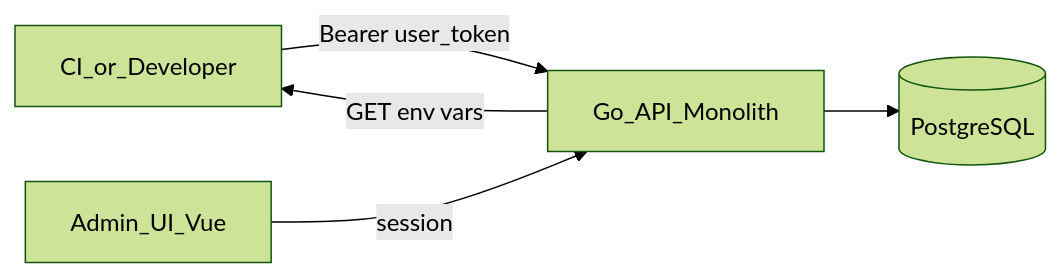
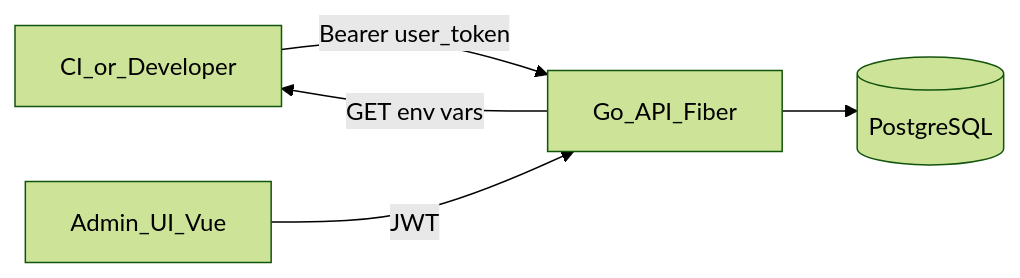
One commit to vmarinho22/envm-vault changed the first of 2 diagrams in docs/architecture.md. Above: the diagram before and after it, drawn with Mermaid (forest theme). The commit also changed other lines of this file and 48 other files, not shown here.

````diff
--- a/docs/architecture.md
+++ b/docs/architecture.md
@@ -9,7 +9,7 @@
 ```mermaid
 flowchart LR
-  Client[CI_or_Developer] -->|"Bearer user_token"| API[Go_API_Monolith]
-  Admin[Admin_UI_Vue] -->|session| API
+  Client[CI_or_Developer] -->|"Bearer user_token"| API[Go_API_Fiber]
+  Admin[Admin_UI_Vue] -->|JWT| API
   API --> DB[(PostgreSQL)]
   API -->|"GET env vars"| Client
 ```
````
